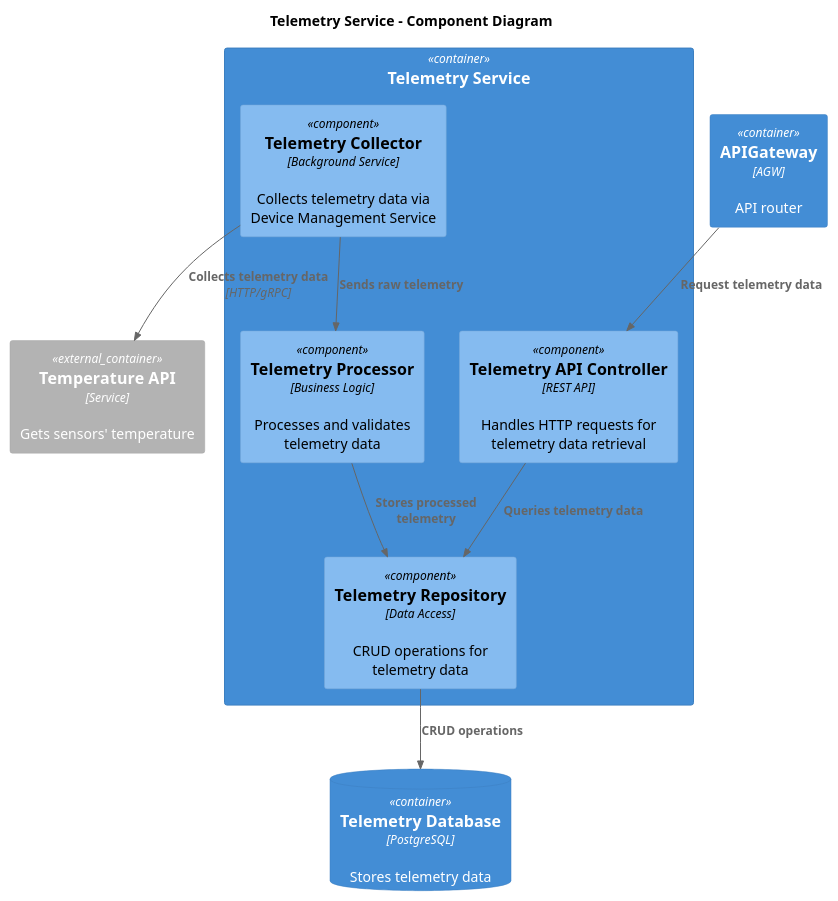
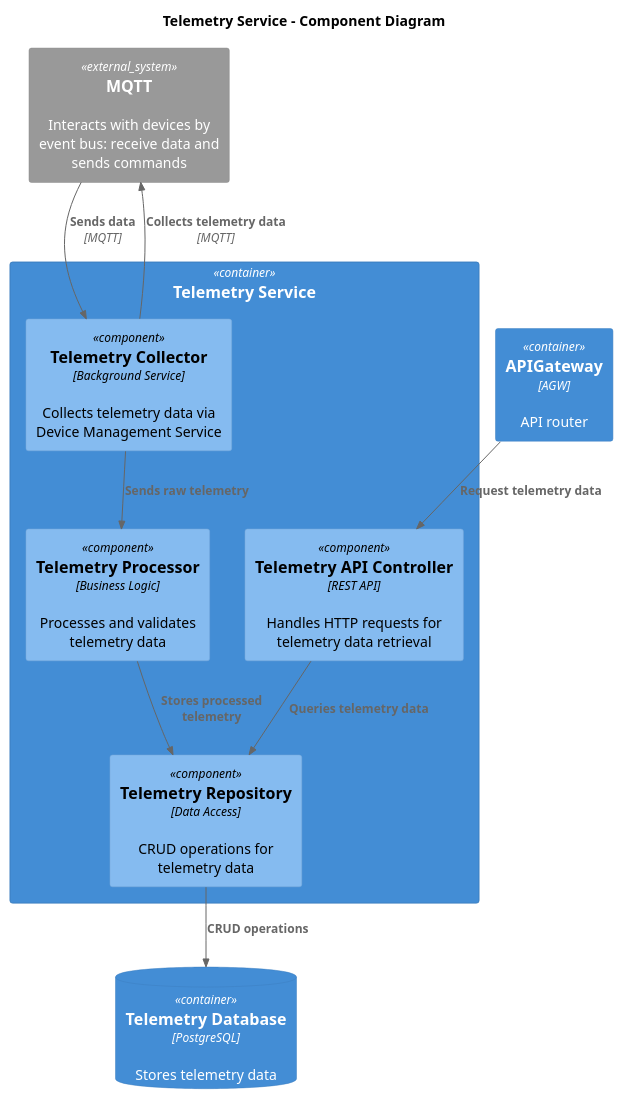
Before and after one commit to Ayrtat/architecture-pro-warmhouse: the diagram in diagrams/microservices/components/telemetry.puml, drawn with PlantUML. The commit also changed 41 other files, not shown here.

```diff
--- a/diagrams/microservices/components/telemetry.puml
+++ b/diagrams/microservices/components/telemetry.puml
@@ -1,27 +1,28 @@
 @startuml
 !include https://raw.githubusercontent.com/plantuml-stdlib/C4-PlantUML/master/C4_Component.puml
 
 title Telemetry Service - Component Diagram
-
-Container_Ext(temperatureService, "Temperature API", "Service", "Gets sensors' temperature")
 
 Container(telemetryService, "Telemetry Service") {
     Component(telemetryApi, "Telemetry API Controller", "REST API", "Handles HTTP requests for telemetry data retrieval")
     Component(telemetryCollector, "Telemetry Collector", "Background Service", "Collects telemetry data via Device Management Service")
     Component(telemetryProcessor, "Telemetry Processor", "Business Logic", "Processes and validates telemetry data")
     Component(telemetryRepository, "Telemetry Repository", "Data Access", "CRUD operations for telemetry data")
 }
 
+System_Ext(eventBus, "MQTT", "Interacts with devices by event bus: receive data and sends commands")
+
 Container(APIGateway, "APIGateway", "AGW", "API router")
 
 ContainerDb(telemetryDb, "Telemetry Database", "PostgreSQL", "Stores telemetry data")
 Rel(telemetryApi, telemetryRepository, "Queries telemetry data")
 
 Rel(APIGateway, telemetryApi, "Request telemetry data")
-Rel(telemetryCollector, temperatureService, "Collects telemetry data", "HTTP/gRPC")
+Rel(telemetryCollector, eventBus, "Collects telemetry data", "MQTT")
+Rel(eventBus, telemetryCollector, "Sends data", "MQTT")
 Rel(telemetryCollector, telemetryProcessor, "Sends raw telemetry")
 Rel(telemetryProcessor, telemetryRepository, "Stores processed telemetry")
 
 Rel(telemetryRepository, telemetryDb, "CRUD operations")
 
 @enduml
```
